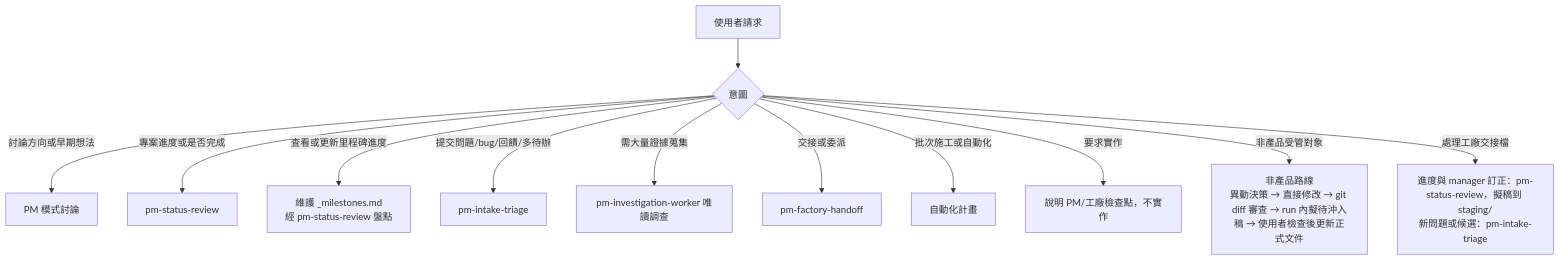
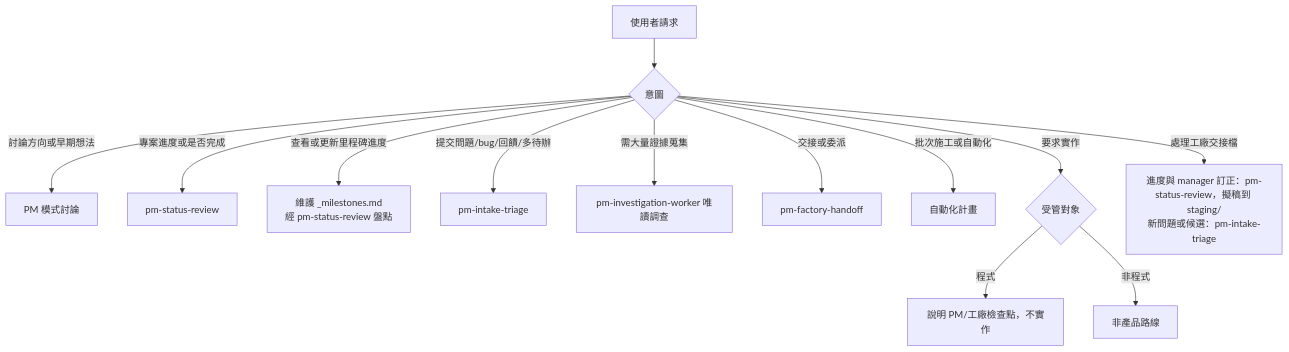
Before and after one commit to nekojuice/.agents: the first of 4 diagrams in orchestrator-pm-readme.md, drawn with Mermaid. The commit also changed other lines of this file and 23 other files, not shown here.

````diff
--- a/orchestrator-pm-readme.md
+++ b/orchestrator-pm-readme.md
@@ -76,14 +86,15 @@
 ```mermaid
 flowchart TD
   U[使用者請求] --> R{意圖}
   R -- 討論方向或早期想法 --> D[PM 模式討論]
   R -- 專案進度或是否完成 --> S[pm-status-review]
   R -- 查看或更新里程碑進度 --> M[維護 _milestones.md<br/>經 pm-status-review 盤點]
   R -- 提交問題/bug/回饋/多待辦 --> T[pm-intake-triage]
   R -- 需大量證據蒐集 --> I[pm-investigation-worker 唯讀調查]
   R -- 交接或委派 --> H[pm-factory-handoff]
   R -- 批次施工或自動化 --> A[自動化計畫]
-  R -- 要求實作 --> X[說明 PM/工廠檢查點，不實作]
-  R -- 非產品受管對象 --> N[非產品路線<br/>異動決策 → 直接修改 → git diff 審查 → run 內擬待沖入稿 → 使用者檢查後更新正式文件]
+  R -- 要求實作 --> K{受管對象}
+  K -- 程式 --> X[說明 PM/工廠檢查點，不實作]
+  K -- 非程式 --> N[非產品路線]
   R -- 處理工廠交接檔 --> F[進度與 manager 訂正：pm-status-review，擬稿到 staging/<br/>新問題或候選：pm-intake-triage]
 ```
````
